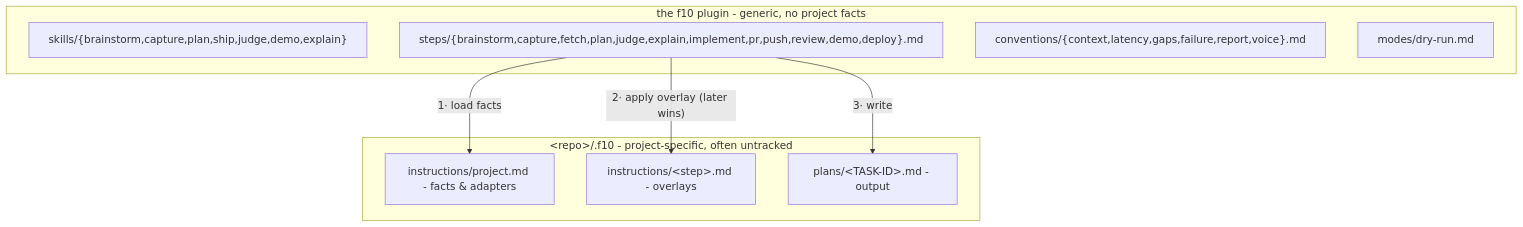
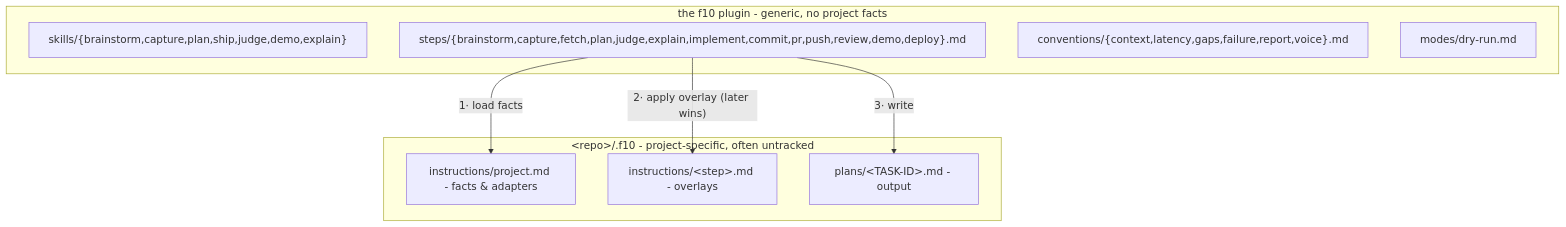
Before and after one commit to amberpixels/f10: the second of 2 diagrams in README.md, drawn with Mermaid. The commit also changed other lines of this file and 20 other files, not shown here.

````diff
--- a/README.md
+++ b/README.md
@@ -208,17 +209,17 @@
 ```mermaid
 flowchart TB
     subgraph plugin ["the f10 plugin - generic, no project facts"]
         skills2["skills/{brainstorm,capture,plan,ship,judge,demo,explain}"]
-        gsteps["steps/{brainstorm,capture,fetch,plan,judge,explain,implement,pr,push,review,demo,deploy}.md"]
+        gsteps["steps/{brainstorm,capture,fetch,plan,judge,explain,implement,commit,pr,push,review,demo,deploy}.md"]
         conv["conventions/{context,latency,gaps,failure,report,voice}.md"]
         modes2["modes/dry-run.md"]
     end
     subgraph repo ["&lt;repo&gt;/.f10 - project-specific, often untracked"]
         proj["instructions/project.md - facts & adapters"]
         over["instructions/&lt;step&gt;.md - overlays"]
         plans2["plans/&lt;TASK-ID&gt;.md - output"]
     end
     gsteps -- "1· load facts" --> proj
     gsteps -- "2· apply overlay (later wins)" --> over
     gsteps -- "3· write" --> plans2
 ```
````
